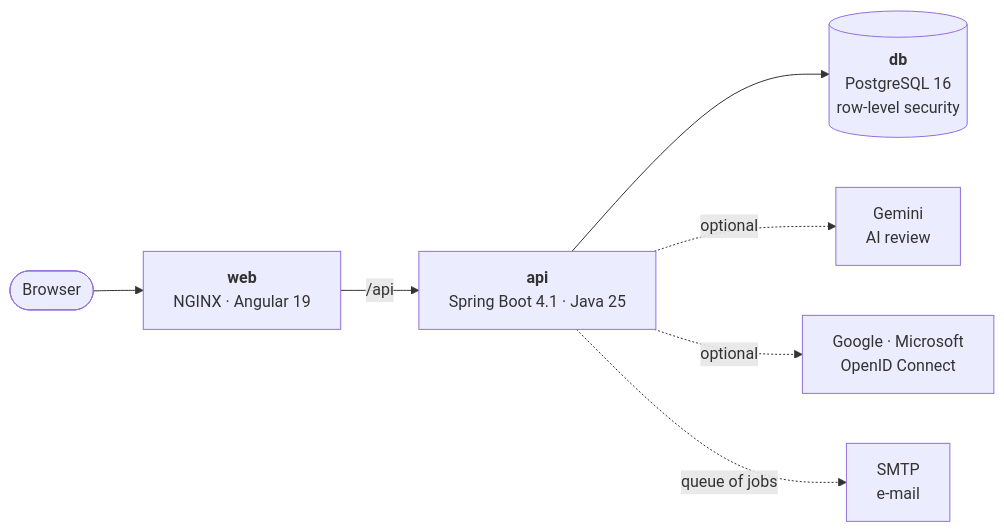
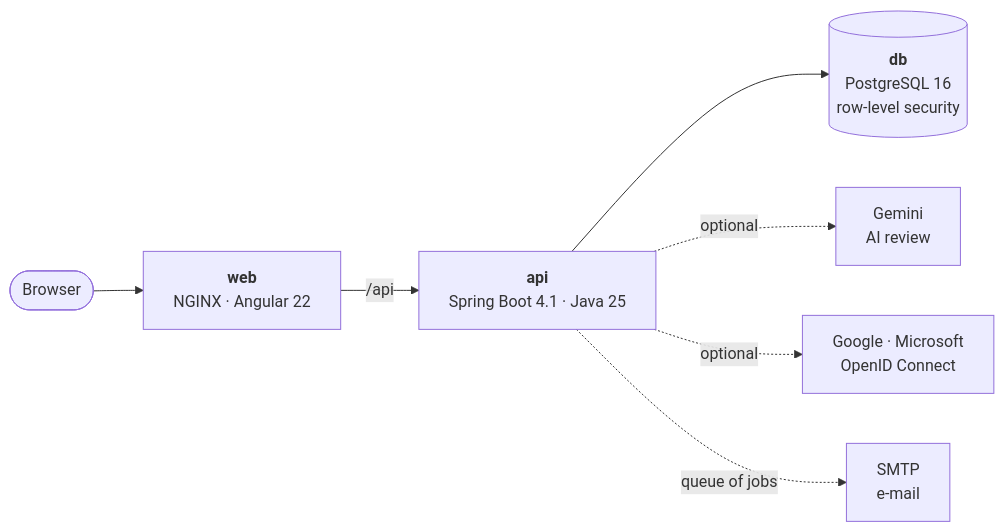
Before and after one commit to AndresContreras1/bpmn-process-manager-api: the second of 3 diagrams in README.md, drawn with Mermaid. The commit also changed other lines of this file and 4 other files, not shown here.

First line of the commit message:
docs: describe the web app on Angular 22 and its checks

````diff
--- a/README.md
+++ b/README.md
@@ -75,9 +75,9 @@
 ```mermaid
 flowchart LR
-    B(["Browser"]) --> W["<b>web</b><br/>NGINX · Angular 19"]
+    B(["Browser"]) --> W["<b>web</b><br/>NGINX · Angular 22"]
     W -- "/api" --> A["<b>api</b><br/>Spring Boot 4.1 · Java 25"]
     A --> D[("<b>db</b><br/>PostgreSQL 16<br/>row-level security")]
     A -. "optional" .-> G["Gemini<br/>AI review"]
     A -. "optional" .-> O["Google · Microsoft<br/>OpenID Connect"]
     A -. "queue of jobs" .-> S["SMTP<br/>e-mail"]
 ```
````
